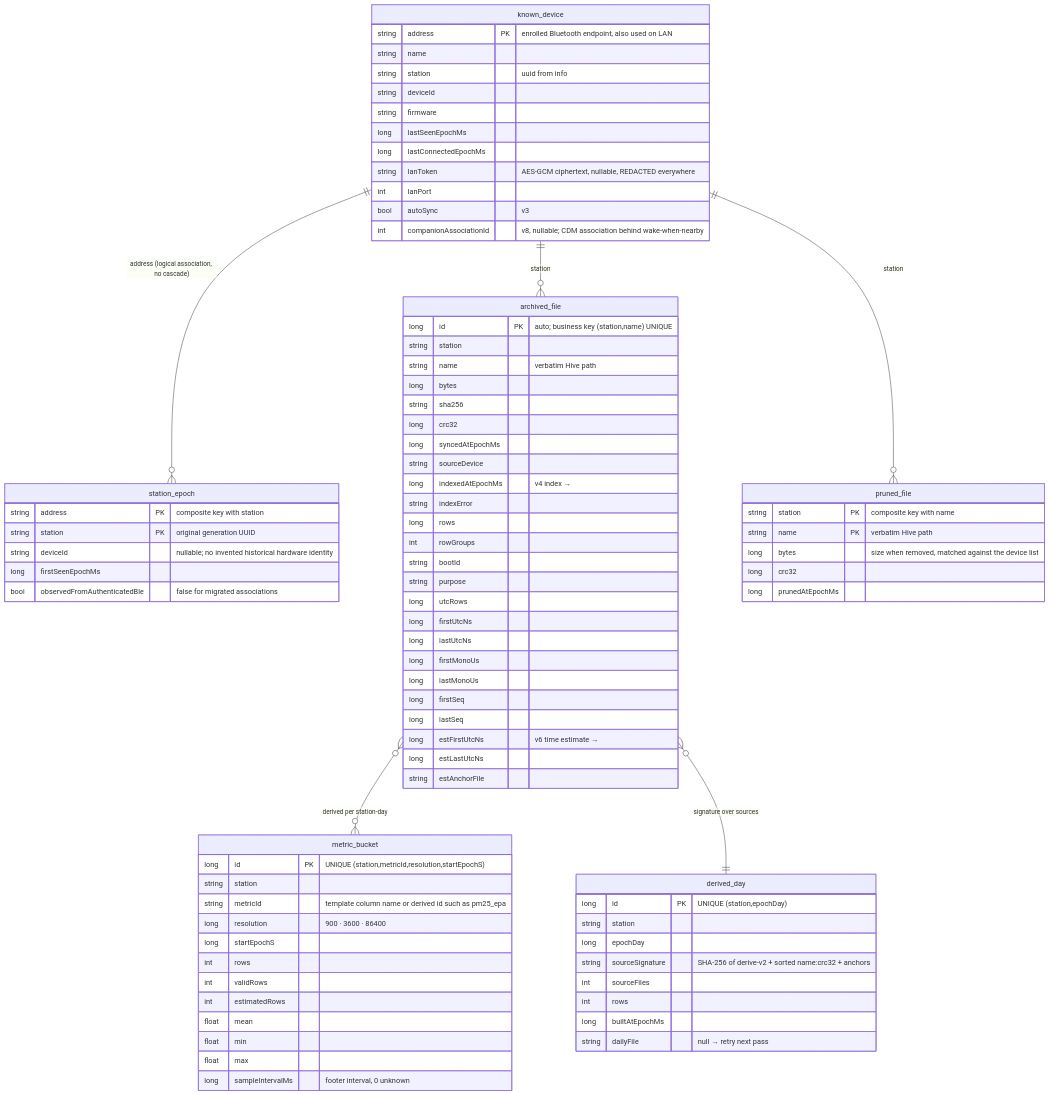
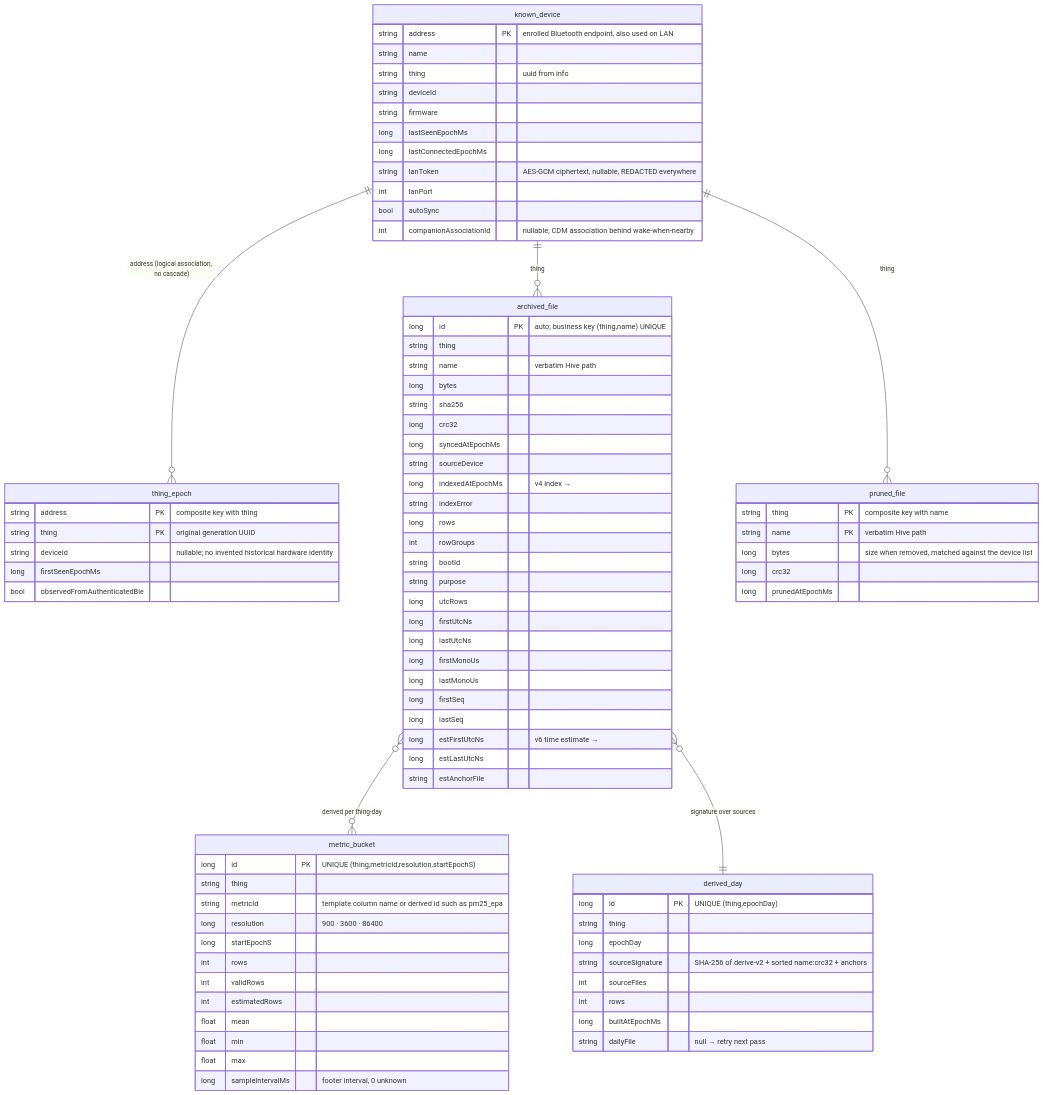
One commit to walkthru-earth/opensensor-space-mobile changed the first of 2 diagrams in docs/data-model.md. Above: the diagram before and after it, drawn with Mermaid. The commit also changed other lines of this file and 348 other files, not shown here.

First line of the commit message:
Name the sensor model Thing and reset Room to version 1 (#211)

````diff
--- a/docs/data-model.md
+++ b/docs/data-model.md
@@ -32,26 +32,26 @@
   known_device {
     string address PK "enrolled Bluetooth endpoint, also used on LAN"
     string name
-    string station "uuid from info"
+    string thing "uuid from info"
     string deviceId
     string firmware
     long lastSeenEpochMs
     long lastConnectedEpochMs
     string lanToken "AES-GCM ciphertext, nullable, REDACTED everywhere"
     int lanPort
-    bool autoSync "v3"
-    int companionAssociationId "v8, nullable; CDM association behind wake-when-nearby"
+    bool autoSync
+    int companionAssociationId "nullable; CDM association behind wake-when-nearby"
   }
-  station_epoch {
-    string address PK "composite key with station"
-    string station PK "original generation UUID"
+  thing_epoch {
+    string address PK "composite key with thing"
+    string thing PK "original generation UUID"
     string deviceId "nullable; no invented historical hardware identity"
     long firstSeenEpochMs
-    bool observedFromAuthenticatedBle "false for migrated associations"
+    bool observedFromAuthenticatedBle
   }
   archived_file {
-    long id PK "auto; business key (station,name) UNIQUE"
-    string station
+    long id PK "auto; business key (thing,name) UNIQUE"
+    string thing
     string name "verbatim Hive path"
     long bytes
     string sha256
@@ -76,8 +76,8 @@
     string estAnchorFile
   }
   metric_bucket {
-    long id PK "UNIQUE (station,metricId,resolution,startEpochS)"
-    string station
+    long id PK "UNIQUE (thing,metricId,resolution,startEpochS)"
+    string thing
     string metricId "template column name or derived id such as pm25_epa"
     long resolution "900 · 3600 · 86400"
     long startEpochS
@@ -90,8 +90,8 @@
     long sampleIntervalMs "footer interval, 0 unknown"
   }
   derived_day {
-    long id PK "UNIQUE (station,epochDay)"
-    string station
+    long id PK "UNIQUE (thing,epochDay)"
+    string thing
     long epochDay
     string sourceSignature "SHA-256 of derive-v2 + sorted name:crc32 + anchors"
     int sourceFiles
@@ -100,15 +100,15 @@
     string dailyFile "null → retry next pass"
   }
   pruned_file {
-    string station PK "composite key with name"
+    string thing PK "composite key with name"
     string name PK "verbatim Hive path"
     long bytes "size when removed, matched against the device list"
     long crc32
     long prunedAtEpochMs
   }
-  known_device ||--o{ archived_file : "station"
-  known_device ||--o{ station_epoch : "address (logical association, no cascade)"
-  archived_file }o--o{ metric_bucket : "derived per station-day"
+  known_device ||--o{ archived_file : "thing"
+  known_device ||--o{ thing_epoch : "address (logical association, no cascade)"
+  archived_file }o--o{ metric_bucket : "derived per thing-day"
   archived_file }o--|| derived_day : "signature over sources"
-  known_device ||--o{ pruned_file : "station"
+  known_device ||--o{ pruned_file : "thing"
 ```
````
